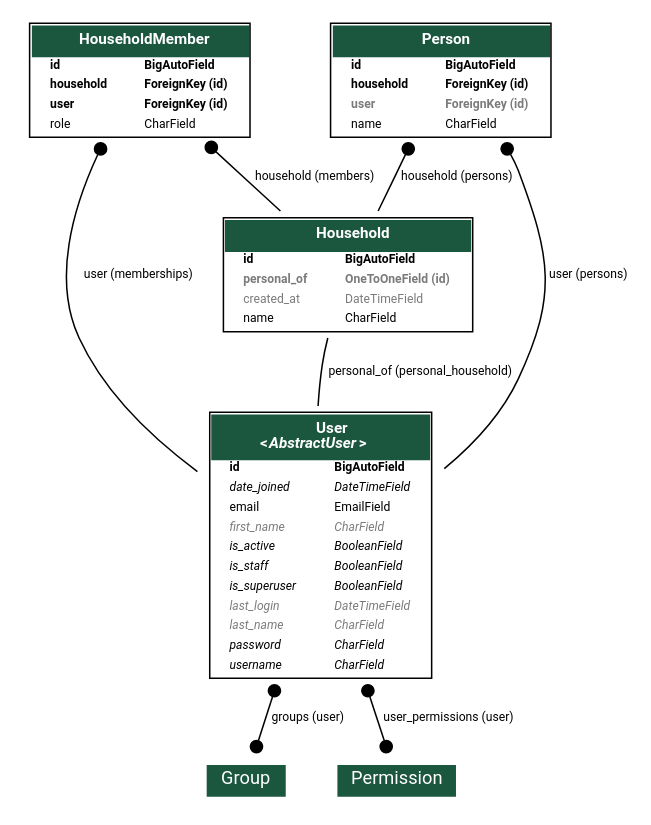
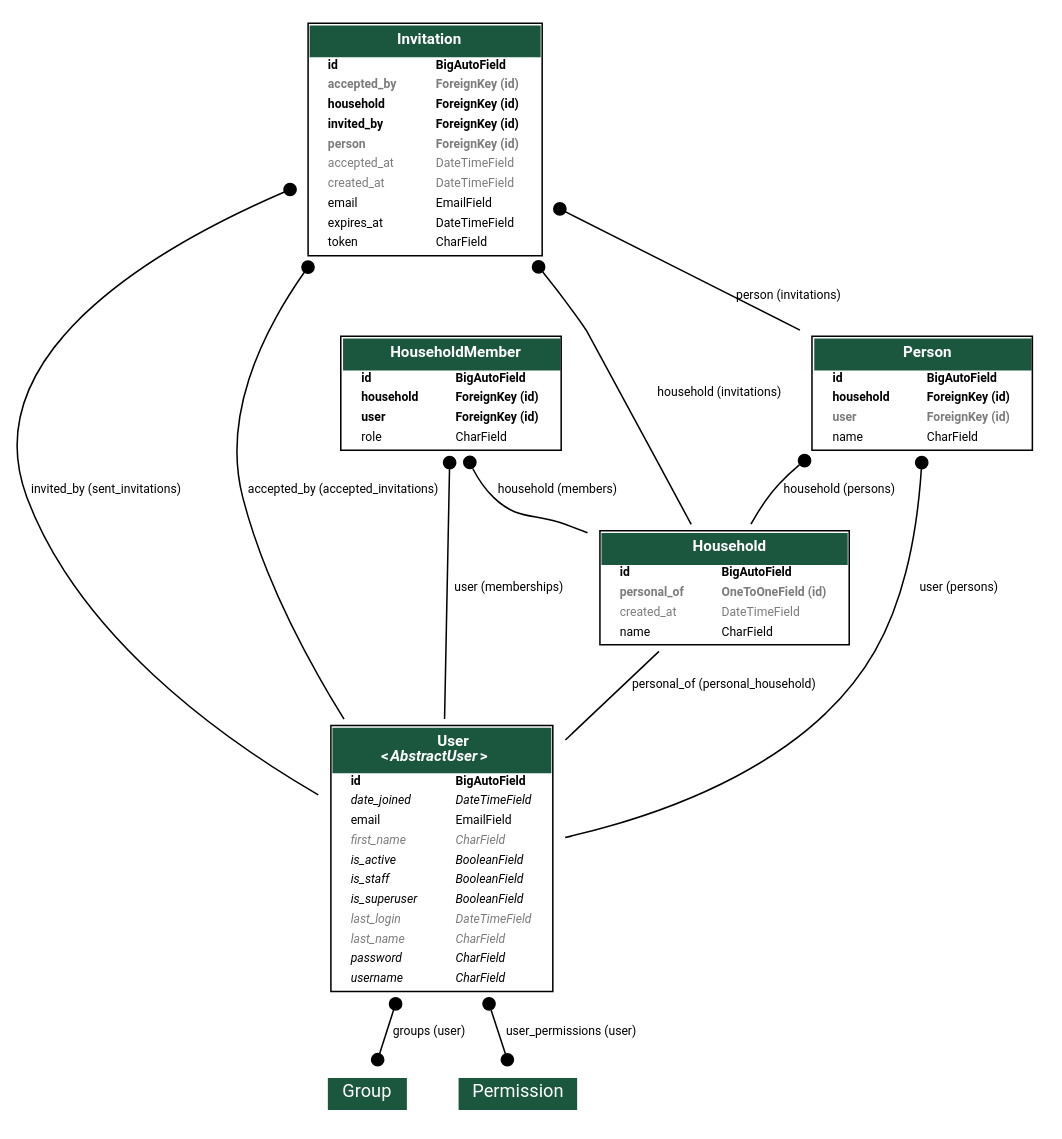
Before and after one commit to AxineTeam/tout-pris-api: the diagram in docs/model/schema.dot, drawn with Graphviz. The commit also changed 19 other files, not shown here.

```diff
--- a/docs/model/schema.dot
+++ b/docs/model/schema.dot
@@ -249,6 +249,96 @@
     </TABLE>
     >]
 
+  households_models_Invitation [label=<
+    <TABLE BGCOLOR="white" BORDER="1" CELLBORDER="0" CELLSPACING="0">
+    <TR><TD COLSPAN="2" CELLPADDING="5" ALIGN="CENTER" BGCOLOR="#1b563f">
+    <FONT FACE="Roboto" COLOR="white" POINT-SIZE="10"><B>
+    Invitation
+    </B></FONT></TD></TR>
+  
+  
+    <TR><TD ALIGN="LEFT" BORDER="0">
+    <FONT FACE="Roboto"><B>id</B></FONT>
+    </TD><TD ALIGN="LEFT">
+    <FONT FACE="Roboto"><B>BigAutoField</B></FONT>
+    </TD></TR>
+  
+  
+  
+    <TR><TD ALIGN="LEFT" BORDER="0">
+    <FONT COLOR="#7B7B7B" FACE="Roboto"><B>accepted_by</B></FONT>
+    </TD><TD ALIGN="LEFT">
+    <FONT COLOR="#7B7B7B" FACE="Roboto"><B>ForeignKey (id)</B></FONT>
+    </TD></TR>
+  
+  
+  
+    <TR><TD ALIGN="LEFT" BORDER="0">
+    <FONT FACE="Roboto"><B>household</B></FONT>
+    </TD><TD ALIGN="LEFT">
+    <FONT FACE="Roboto"><B>ForeignKey (id)</B></FONT>
+    </TD></TR>
+  
+  
+  
+    <TR><TD ALIGN="LEFT" BORDER="0">
+    <FONT FACE="Roboto"><B>invited_by</B></FONT>
+    </TD><TD ALIGN="LEFT">
+    <FONT FACE="Roboto"><B>ForeignKey (id)</B></FONT>
+    </TD></TR>
+  
+  
+  
+    <TR><TD ALIGN="LEFT" BORDER="0">
+    <FONT COLOR="#7B7B7B" FACE="Roboto"><B>person</B></FONT>
+    </TD><TD ALIGN="LEFT">
+    <FONT COLOR="#7B7B7B" FACE="Roboto"><B>ForeignKey (id)</B></FONT>
+    </TD></TR>
+  
+  
+  
+    <TR><TD ALIGN="LEFT" BORDER="0">
+    <FONT COLOR="#7B7B7B" FACE="Roboto">accepted_at</FONT>
+    </TD><TD ALIGN="LEFT">
+    <FONT COLOR="#7B7B7B" FACE="Roboto">DateTimeField</FONT>
+    </TD></TR>
+  
+  
+  
+    <TR><TD ALIGN="LEFT" BORDER="0">
+    <FONT COLOR="#7B7B7B" FACE="Roboto">created_at</FONT>
+    </TD><TD ALIGN="LEFT">
+    <FONT COLOR="#7B7B7B" FACE="Roboto">DateTimeField</FONT>
+    </TD></TR>
+  
+  
+  
+    <TR><TD ALIGN="LEFT" BORDER="0">
+    <FONT FACE="Roboto">email</FONT>
+    </TD><TD ALIGN="LEFT">
+    <FONT FACE="Roboto">EmailField</FONT>
+    </TD></TR>
+  
+  
+  
+    <TR><TD ALIGN="LEFT" BORDER="0">
+    <FONT FACE="Roboto">expires_at</FONT>
+    </TD><TD ALIGN="LEFT">
+    <FONT FACE="Roboto">DateTimeField</FONT>
+    </TD></TR>
+  
+  
+  
+    <TR><TD ALIGN="LEFT" BORDER="0">
+    <FONT FACE="Roboto">token</FONT>
+    </TD><TD ALIGN="LEFT">
+    <FONT FACE="Roboto">CharField</FONT>
+    </TD></TR>
+  
+  
+    </TABLE>
+    >]
+
 
 
 
@@ -288,5 +378,17 @@
   households_models_Person -> accounts_models_User
   [label=" user (persons)"] [arrowhead=none, arrowtail=dot, dir=both];
 
+  households_models_Invitation -> households_models_Household
+  [label=" household (invitations)"] [arrowhead=none, arrowtail=dot, dir=both];
+
+  households_models_Invitation -> households_models_Person
+  [label=" person (invitations)"] [arrowhead=none, arrowtail=dot, dir=both];
+
+  households_models_Invitation -> accounts_models_User
+  [label=" invited_by (sent_invitations)"] [arrowhead=none, arrowtail=dot, dir=both];
+
+  households_models_Invitation -> accounts_models_User
+  [label=" accepted_by (accepted_invitations)"] [arrowhead=none, arrowtail=dot, dir=both];
+
 
 }
```
